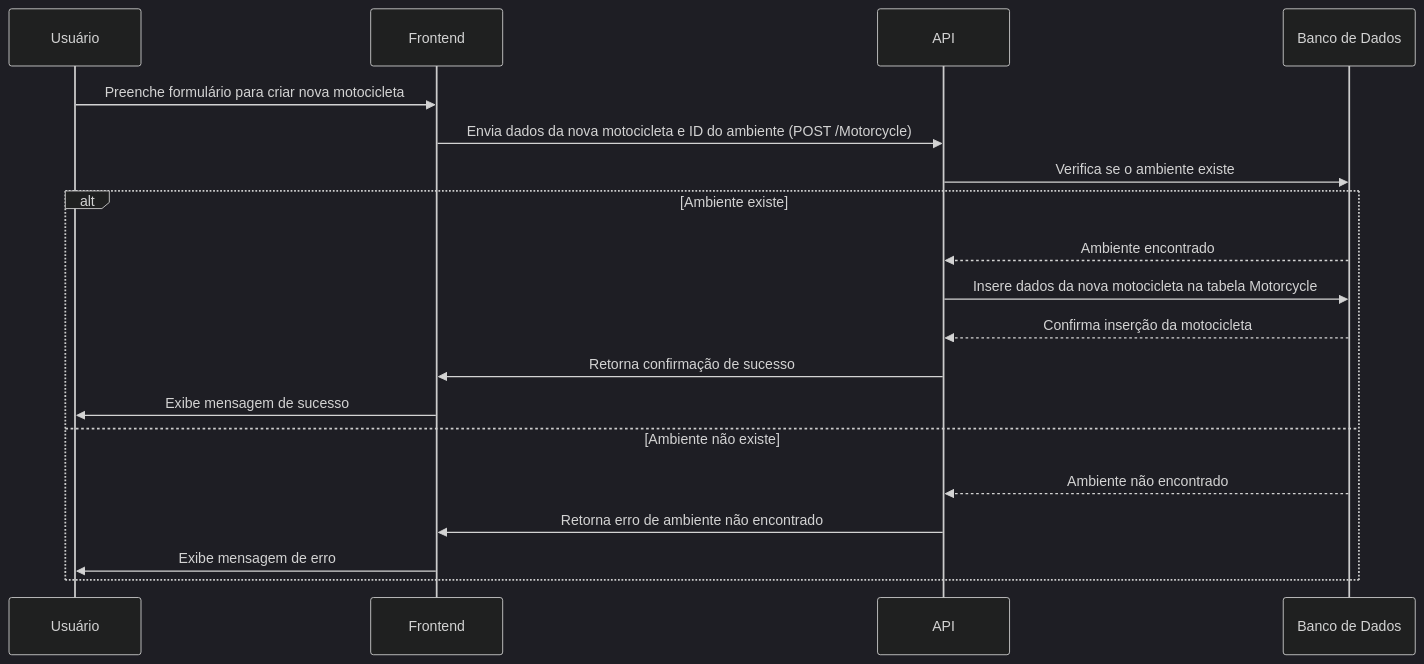
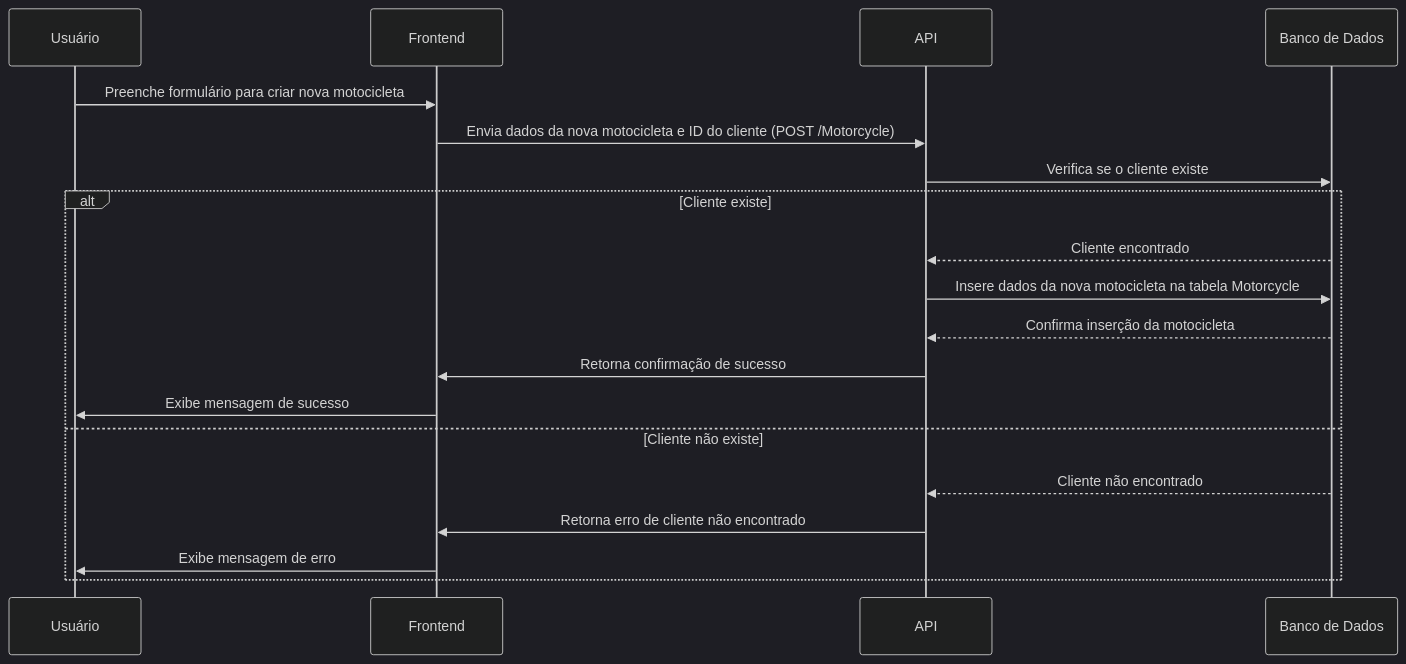
One commit to gabrielcavalcant/maintaner-ads changed the diagram in web/doc/workflows/criar_maquina.md. Above: the diagram before and after it, drawn with Mermaid (dark theme). The commit also changed 19 other files, not shown here.

````diff
--- a/web/doc/workflows/criar_maquina.md
+++ b/web/doc/workflows/criar_maquina.md
@@ -1,24 +1,24 @@
 ```mermaid
 sequenceDiagram
     participant U as Usuário
     participant F as Frontend
     participant A as API
     participant D as Banco de Dados
 
     U->>F: Preenche formulário para criar nova motocicleta
-    F->>A: Envia dados da nova motocicleta e ID do ambiente (POST /Motorcycle)
-    A->>D: Verifica se o ambiente existe
-    alt Ambiente existe
-        D-->>A: Ambiente encontrado
+    F->>A: Envia dados da nova motocicleta e ID do cliente (POST /Motorcycle)
+    A->>D: Verifica se o cliente existe
+    alt Cliente existe
+        D-->>A: Cliente encontrado
         A->>D: Insere dados da nova motocicleta na tabela Motorcycle
         D-->>A: Confirma inserção da motocicleta
         A->>F: Retorna confirmação de sucesso
         F->>U: Exibe mensagem de sucesso
-    else Ambiente não existe
-        D-->>A: Ambiente não encontrado
-        A->>F: Retorna erro de ambiente não encontrado
+    else Cliente não existe
+        D-->>A: Cliente não encontrado
+        A->>F: Retorna erro de cliente não encontrado
         F->>U: Exibe mensagem de erro
     end
 
 
 ```
````
